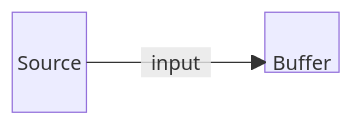
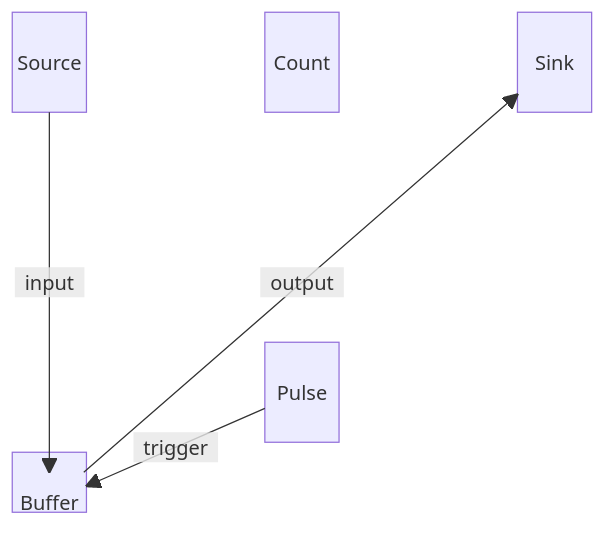
Before and after one commit to AsimovPlatform/protoflow: the diagram in lib/protoflow-blocks/doc/core/buffer.mmd, drawn with Mermaid. The commit also changed 3 other files, not shown here.

```diff
--- a/lib/protoflow-blocks/doc/core/buffer.mmd
+++ b/lib/protoflow-blocks/doc/core/buffer.mmd
@@ -1,9 +1,16 @@
 block-beta
-    columns 4
-    Source space:2 Buffer
+    columns 7
+    Source space:2 Count space:2 Sink
+    space:7
+    space:7
+    space:3 Pulse space:3
     Source-- "input" -->Buffer
+    Pulse-- "trigger" -->Buffer
+    Buffer-- "output" -->Sink
 
     classDef block height:48px,padding:8px;
     classDef hidden visibility:none;
     class Buffer block
     class Source hidden
+    class Sink hidden
+    class Pulse hidden
```
